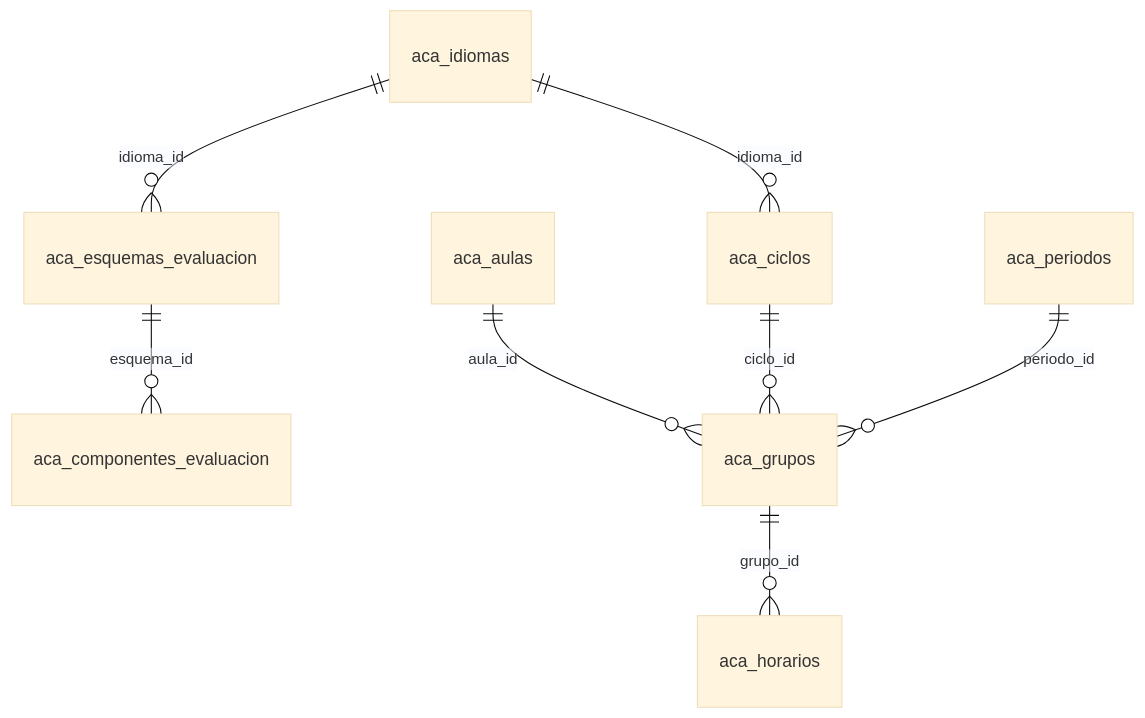
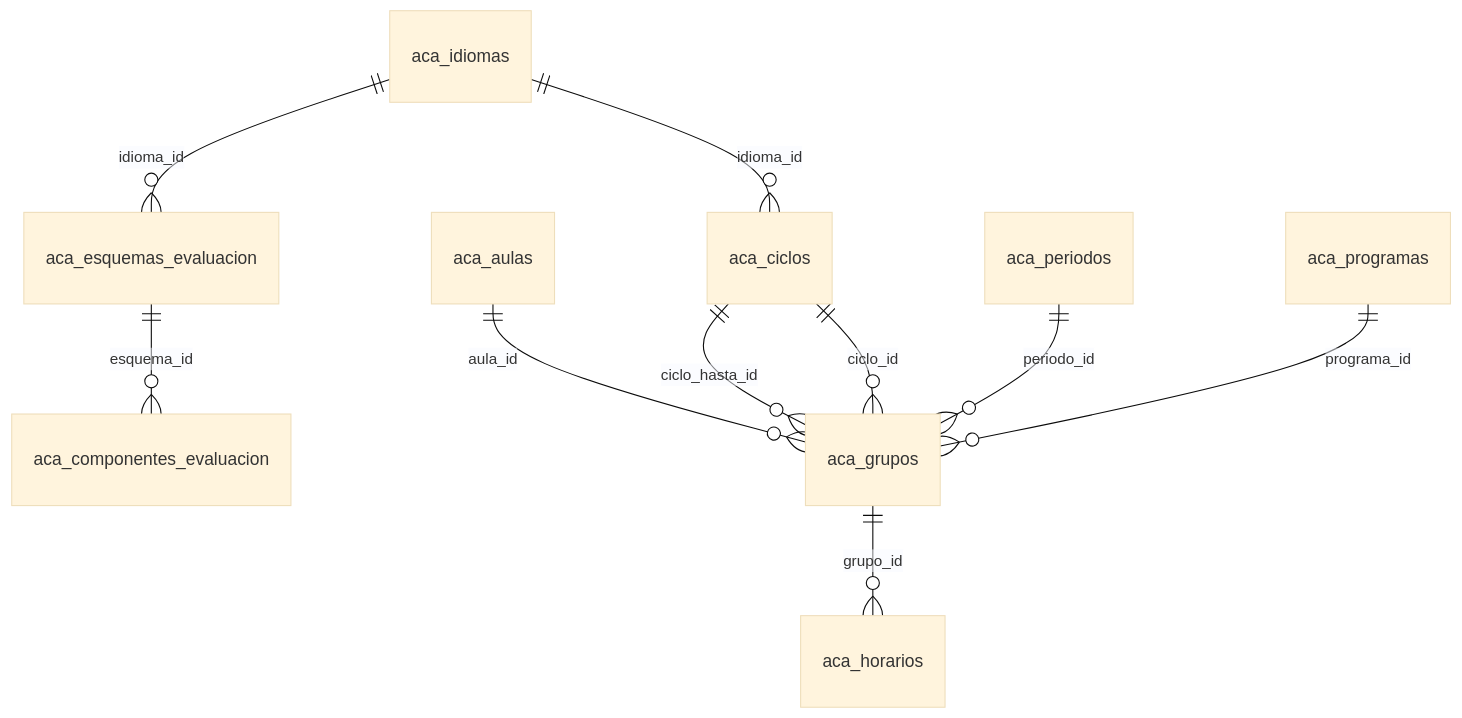
One commit to YomelBarretoFlores/cid-system changed the first of 7 diagrams in docs/manuales/diccionario-de-datos.md. Above: the diagram before and after it, drawn with Mermaid (base theme). The commit also changed other lines of this file and 6 other files, not shown here.

````diff
--- a/docs/manuales/diccionario-de-datos.md
+++ b/docs/manuales/diccionario-de-datos.md
@@ -40,10 +40,12 @@
 ```mermaid
 erDiagram
     aca_idiomas ||--o{ aca_ciclos : "idioma_id"
     aca_esquemas_evaluacion ||--o{ aca_componentes_evaluacion : "esquema_id"
     aca_idiomas ||--o{ aca_esquemas_evaluacion : "idioma_id"
     aca_aulas ||--o{ aca_grupos : "aula_id"
+    aca_ciclos ||--o{ aca_grupos : "ciclo_hasta_id"
     aca_ciclos ||--o{ aca_grupos : "ciclo_id"
     aca_periodos ||--o{ aca_grupos : "periodo_id"
+    aca_programas ||--o{ aca_grupos : "programa_id"
     aca_grupos ||--o{ aca_horarios : "grupo_id"
 ```
````
